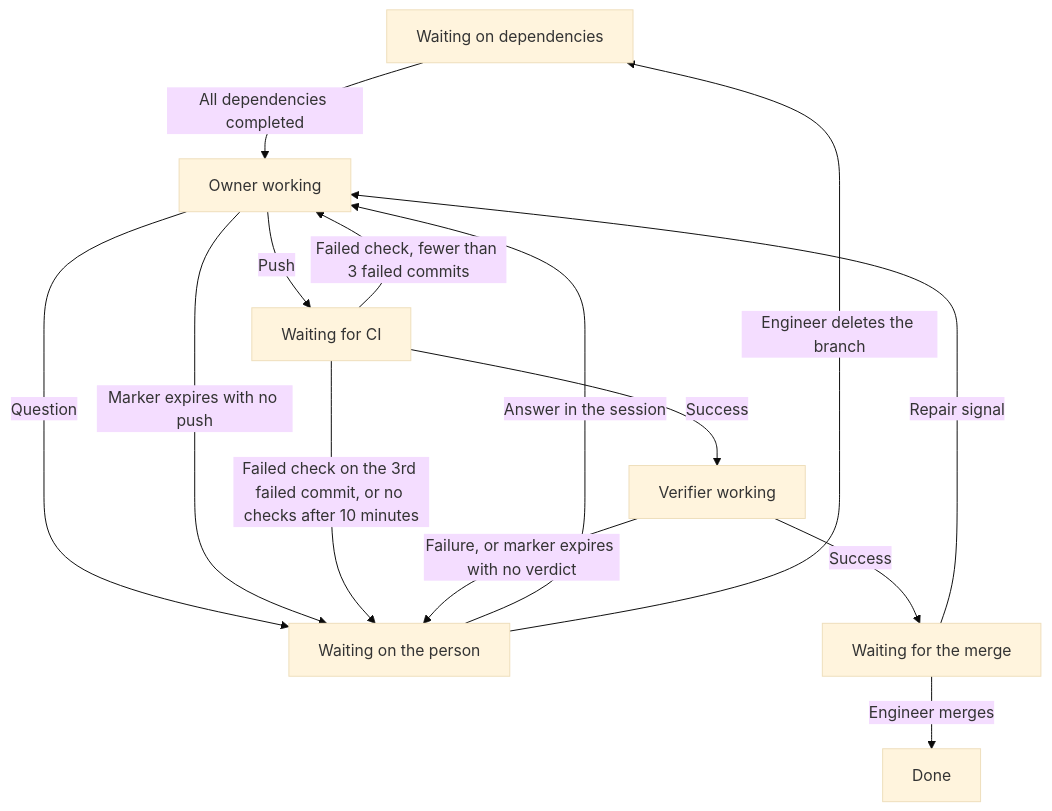
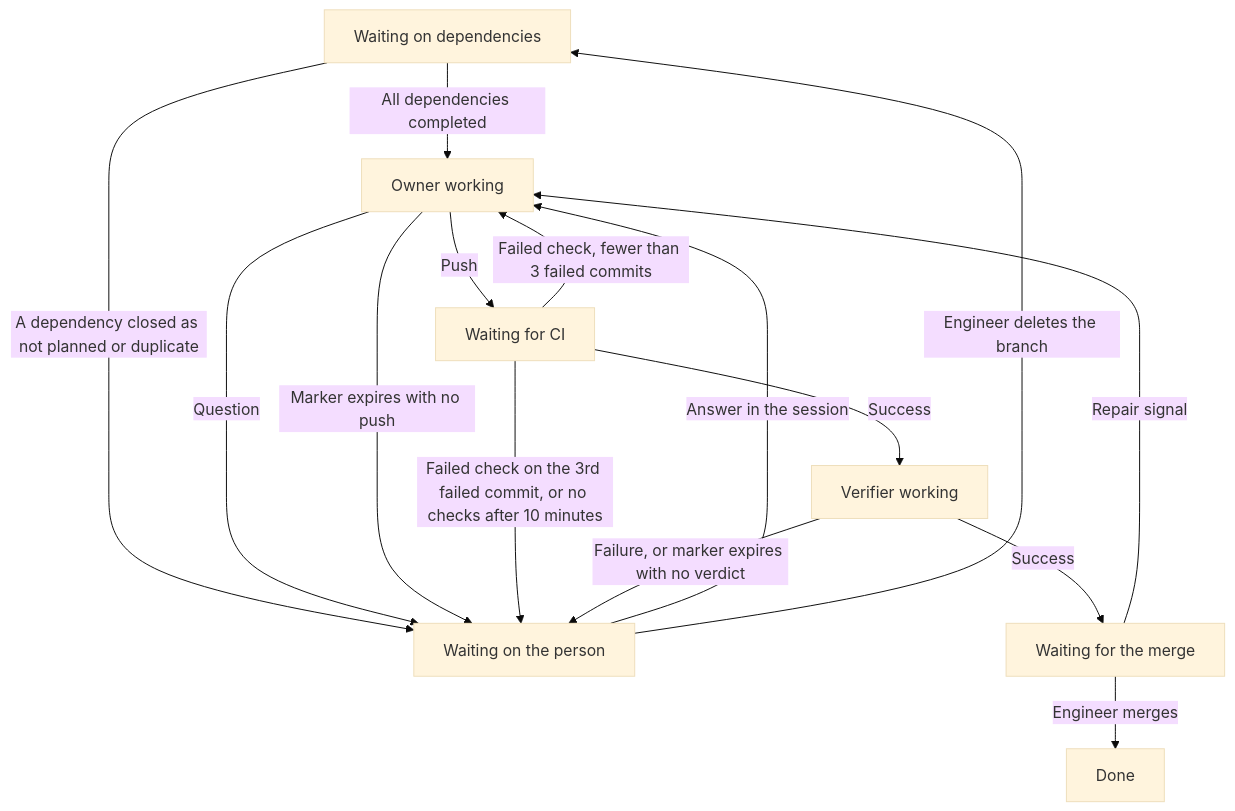
Before and after one commit to maro114510/skills: the first of 2 diagrams in docs/design/orchestrate-epic.md, drawn with Mermaid (base theme). The commit also changed other lines of this file, not shown here.

First line of the commit message:
docs(design): hold an Issue on a dead dependency or a stale PR

````diff
--- a/docs/design/orchestrate-epic.md
+++ b/docs/design/orchestrate-epic.md
@@ -82,16 +82,17 @@
 ```mermaid
 flowchart TB
   Blocked["Waiting on dependencies"] -->|"All dependencies completed"| Owner["Owner working"]
+  Blocked -->|"A dependency closed as not planned or duplicate"| Person
   Owner -->|"Question"| Person["Waiting on the person"]
   Owner -->|"Push"| CI["Waiting for CI"]
   Owner -->|"Marker expires with no push"| Person
   CI -->|"Success"| Verify["Verifier working"]
   CI -->|"Failed check, fewer than 3 failed commits"| Owner
   CI -->|"Failed check on the 3rd failed commit, or no checks after 10 minutes"| Person
   Verify -->|"Success"| Merge["Waiting for the merge"]
   Verify -->|"Failure, or marker expires with no verdict"| Person
   Merge -->|"Repair signal"| Owner
   Merge -->|"Engineer merges"| Done["Done"]
   Person -->|"Answer in the session"| Owner
   Person -->|"Engineer deletes the branch"| Blocked
 ```
````
